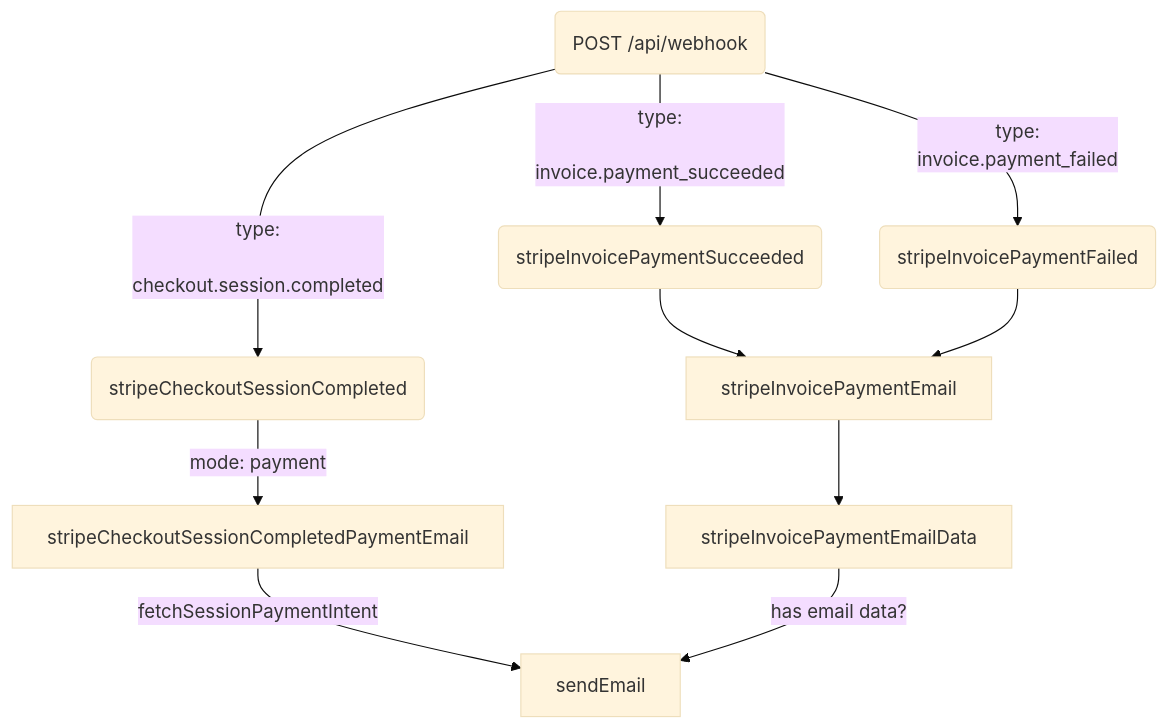
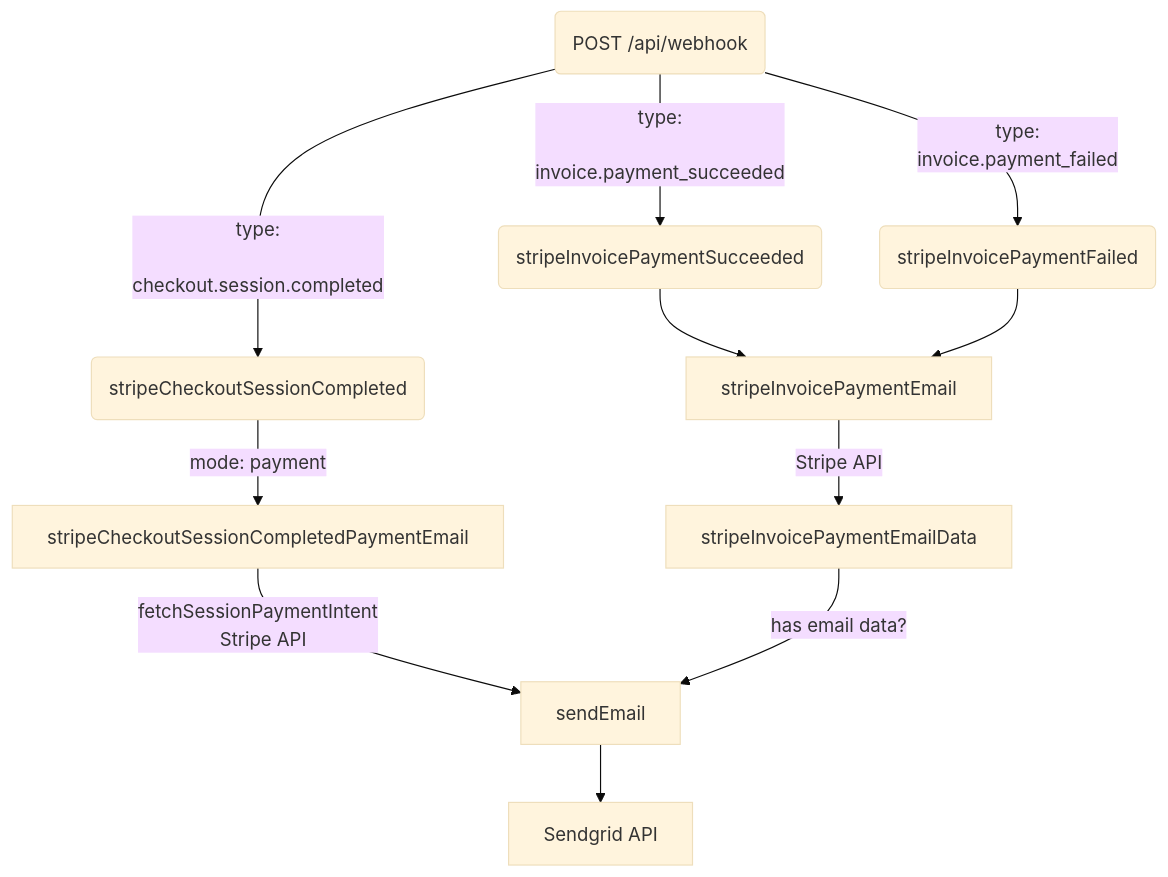
The first of 2 diagrams in WEBHOOK_FLOWCHARTS.md (MissionBit/donate.missionbit.org), drawn with Mermaid (base theme) before and after one commit. The commit also changed other lines of this file and 2 other files, not shown here.

Commit message:
npm install -D @cloudflare/next-on-pages

````diff
--- a/WEBHOOK_FLOWCHARTS.md
+++ b/WEBHOOK_FLOWCHARTS.md
@@ -14,21 +15,23 @@
 ```mermaid
 flowchart TD
 
 %% Nodes
 
   A("POST /api/webhook")
   B("stripeCheckoutSessionCompleted")
   C("stripeInvoicePaymentSucceeded")
   D("stripeInvoicePaymentFailed")
+  E[Sendgrid API]
 
 %% Edges
 
   A -- "type:
-  checkout.session.completed" --> B -- "mode: payment" --> stripeCheckoutSessionCompletedPaymentEmail -- "fetchSessionPaymentIntent" --> sendEmail
+  checkout.session.completed" --> B -- "mode: payment" --> stripeCheckoutSessionCompletedPaymentEmail -- "fetchSessionPaymentIntent
+  Stripe API" --> sendEmail
   A -- "type:
   invoice.payment_succeeded" --> C --> stripeInvoicePaymentEmail
   A -- "type:
   invoice.payment_failed" --> D --> stripeInvoicePaymentEmail
-  stripeInvoicePaymentEmail --> stripeInvoicePaymentEmailData -- "has email data?" --> sendEmail
-
+  stripeInvoicePaymentEmail -- "Stripe API" --> stripeInvoicePaymentEmailData -- "has email data?" --> sendEmail
+  sendEmail --> E
 ```
````
